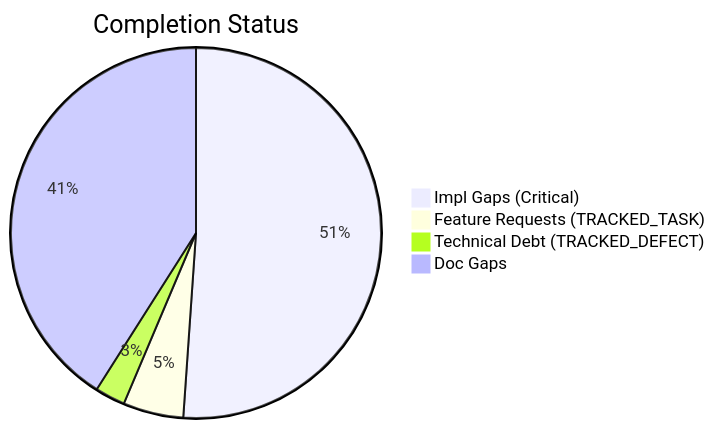
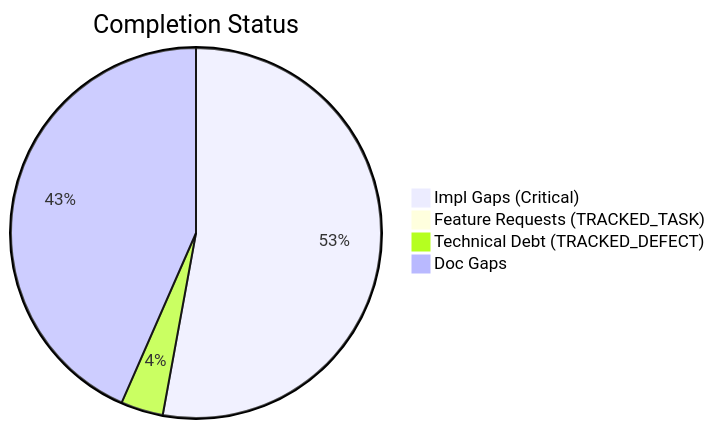
Before and after one commit to D-sorganization/Golf_Modeling_Suite: the first of 2 diagrams in docs/assessments/completist/COMPLETIST_LATEST.md, drawn with Mermaid. The commit also changed other lines of this file and 827 other files, not shown here.

````diff
--- a/docs/assessments/completist/COMPLETIST_LATEST.md
+++ b/docs/assessments/completist/COMPLETIST_LATEST.md
@@ -13,7 +14,7 @@
 ```mermaid
 pie title Completion Status
-    "Impl Gaps (Critical)" : 349
-    "Feature Requests (TRACKED_TASK)" : 36
-    "Technical Debt (TRACKED_DEFECT)" : 18
-    "Doc Gaps" : 280
+    "Impl Gaps (Critical)" : 358
+    "Feature Requests (TRACKED_TASK)" : 0
+    "Technical Debt (TRACKED_DEFECT)" : 25
+    "Doc Gaps" : 294
 ```
````
